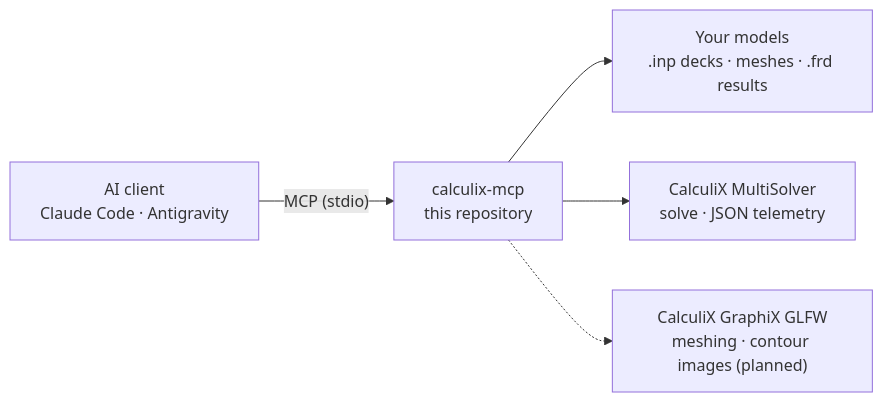
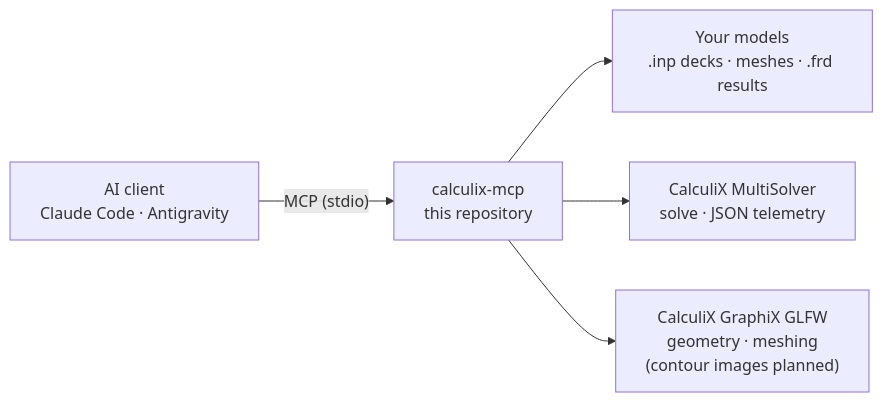
One commit to carlomontec/calculix-mcp-rs changed the diagram in README.md. Above: the diagram before and after it, drawn with Mermaid. The commit also changed other lines of this file and 18 other files, not shown here.

````diff
--- a/README.md
+++ b/README.md
@@ -13,7 +13,7 @@
 ```mermaid
 flowchart LR
     C["AI client<br/>Claude Code · Antigravity"] -- "MCP (stdio)" --> S["calculix-mcp<br/>this repository"]
     S --> F["Your models<br/>.inp decks · meshes · .frd results"]
     S --> M["CalculiX MultiSolver<br/>solve · JSON telemetry"]
-    S -.-> G["CalculiX GraphiX GLFW<br/>meshing · contour images (planned)"]
+    S --> G["CalculiX GraphiX GLFW<br/>geometry · meshing<br/>(contour images planned)"]
 ```
````
